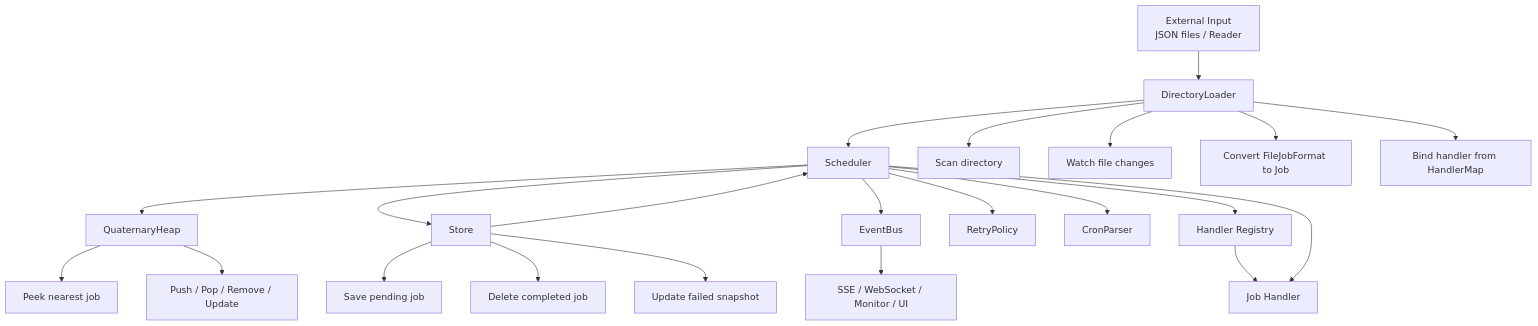
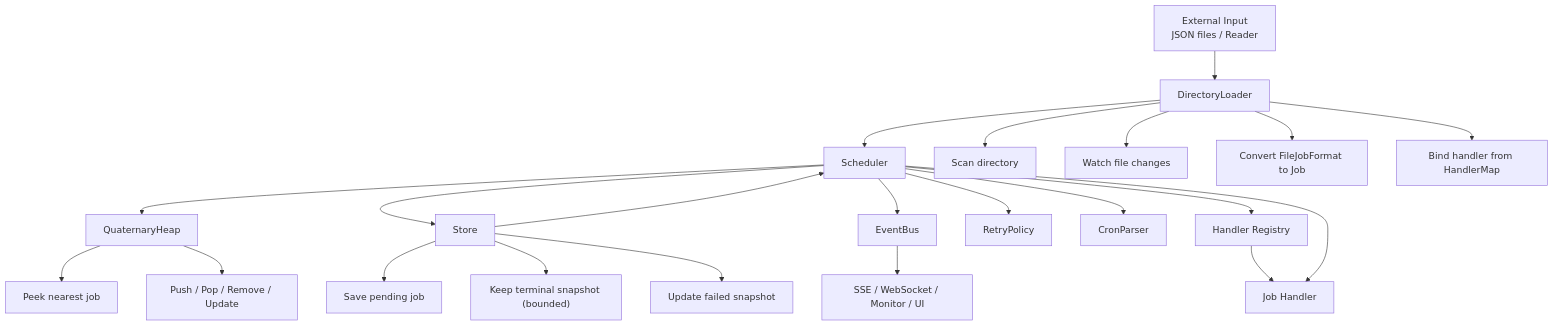
The second of 2 diagrams in docs/core-scheduler-heap-event-load-analysis.md (jiujuan/godelayq), drawn with Mermaid before and after one commit. The commit also changed other lines of this file and 3 other files, not shown here.

````diff
--- a/docs/core-scheduler-heap-event-load-analysis.md
+++ b/docs/core-scheduler-heap-event-load-analysis.md
@@ -145,27 +145,27 @@
 ```mermaid
 graph TD
     A["External Input<br/>JSON files / Reader"] --> B["DirectoryLoader"]
     B --> C["Scheduler"]
     C --> D["QuaternaryHeap"]
     C --> E["Store"]
     C --> F["EventBus"]
     C --> G["RetryPolicy"]
     C --> H["CronParser"]
     C --> I["Handler Registry"]
     I --> J["Job Handler"]
     C --> J
     E --> C
     F --> K["SSE / WebSocket / Monitor / UI"]
 
     D --> D1["Peek nearest job"]
     D --> D2["Push / Pop / Remove / Update"]
 
     B --> B1["Scan directory"]
     B --> B2["Watch file changes"]
     B --> B3["Convert FileJobFormat to Job"]
     B --> B4["Bind handler from HandlerMap"]
 
     E --> E1["Save pending job"]
-    E --> E2["Delete completed job"]
+    E --> E2["Keep terminal snapshot (bounded)"]
     E --> E3["Update failed snapshot"]
 ```
````
